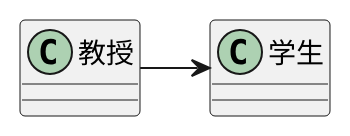
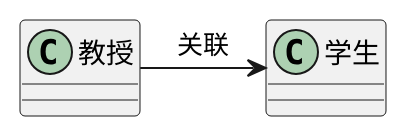
Before and after one commit to zhengtong0898/books: the diagram in DiveIntoDesignPatterns/uml/021.plantuml, drawn with PlantUML. The commit also changed 9 other files, not shown here.

```diff
--- a/DiveIntoDesignPatterns/uml/021.plantuml
+++ b/DiveIntoDesignPatterns/uml/021.plantuml
@@ -1,6 +1,6 @@
 @startuml "关联"
 class 教授 {}
 class 学生 {}
 
-教授 -right-> 学生
+教授 -right-> 学生: 关联
 @enduml
```
